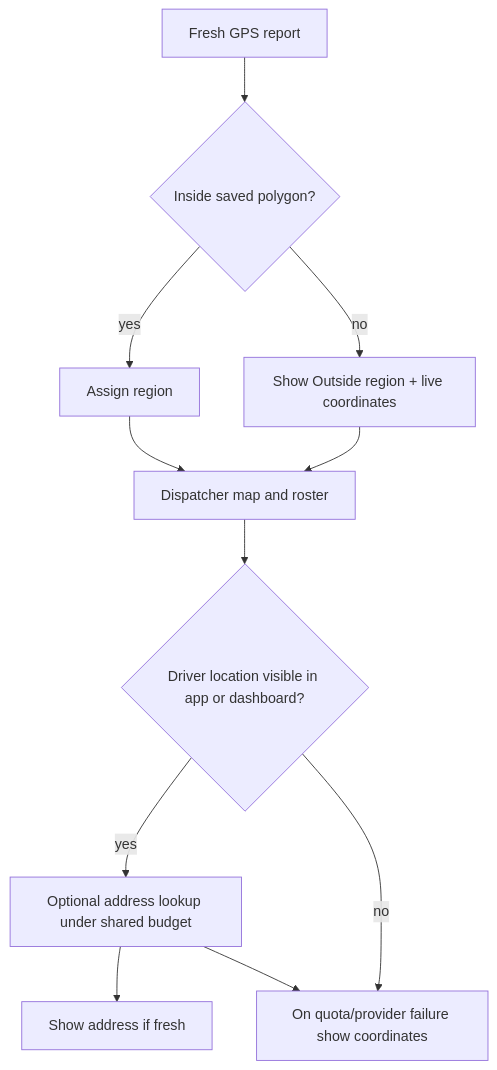
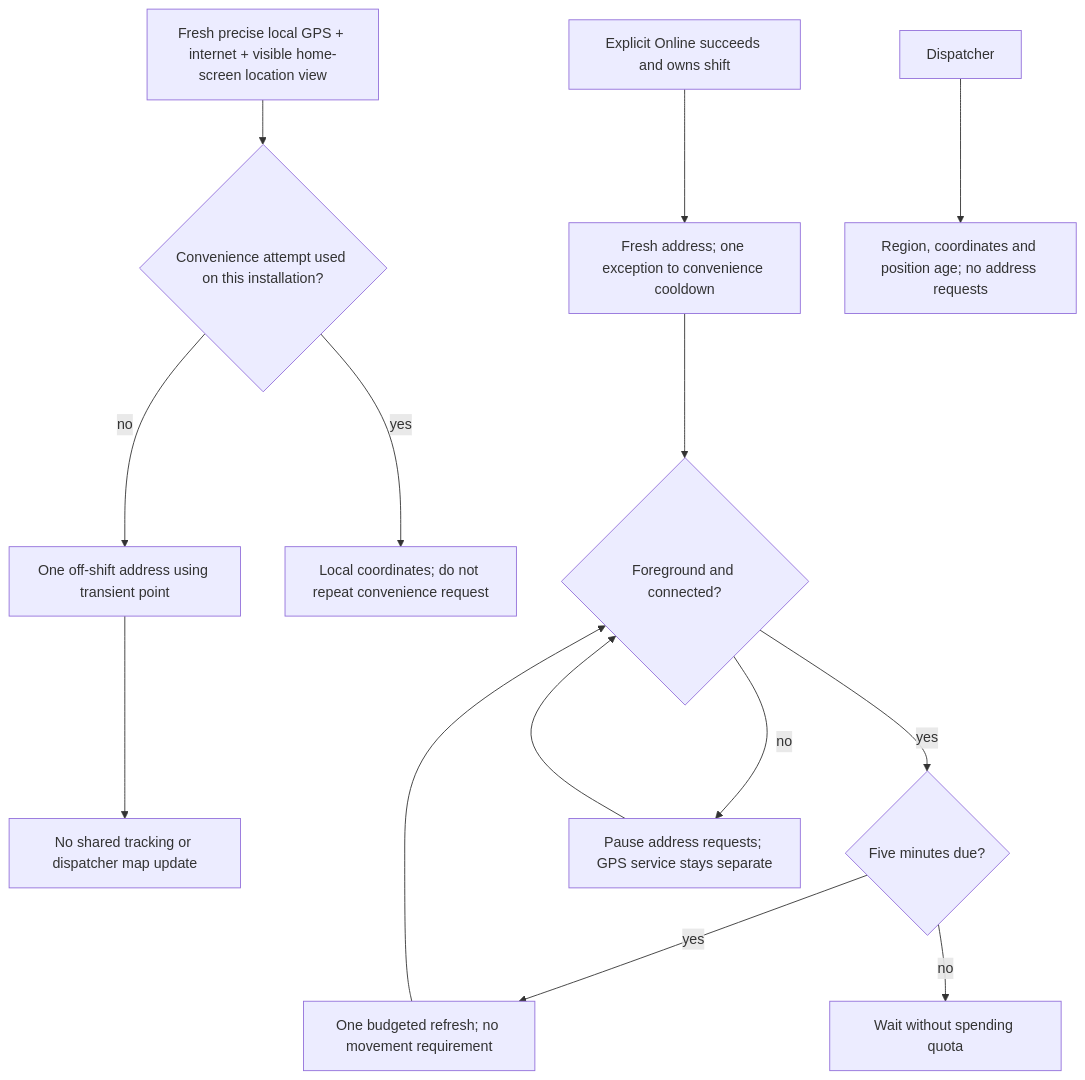
One commit to bagtyyarkovusov/tayyn-hyzmat-project changed the seventh of 12 diagrams in docs/guide/flows.en.md. Above: the diagram before and after it, drawn with Mermaid. The commit also changed other lines of this file and 44 other files, not shown here.

Commit message:
feat: finalize live region states and automatic driver addresses

````diff
--- a/docs/guide/flows.en.md
+++ b/docs/guide/flows.en.md
@@ -115,13 +129,16 @@
 ```mermaid
 flowchart TD
-  G[Fresh GPS report] --> R{Inside saved polygon?}
-  R -- yes --> RI[Assign region]
-  R -- no --> RO[Show Outside region + live coordinates]
-  RI --> M[Dispatcher map and roster]
-  RO --> M
-  M --> V{Driver location visible in app or dashboard?}
-  V -- yes --> L[Optional address lookup under shared budget]
-  V -- no --> C[Keep GPS only]
-  L --> A[Show address if fresh]
-  L --> C[On quota/provider failure show coordinates]
+  G[Fresh precise local GPS + internet + visible home-screen location view] --> C{Convenience attempt used on this installation?}
+  C -- no --> O[One off-shift address using transient point]
+  C -- yes --> L[Local coordinates; do not repeat convenience request]
+  O --> N[No shared tracking or dispatcher map update]
+  S[Explicit Online succeeds and owns shift] --> A[Fresh address; one exception to convenience cooldown]
+  A --> V{Foreground and connected?}
+  V -- yes --> D{Five minutes due?}
+  D -- yes --> Q[One budgeted refresh; no movement requirement]
+  D -- no --> W[Wait without spending quota]
+  V -- no --> P[Pause address requests; GPS service stays separate]
+  P --> V
+  Q --> V
+  M[Dispatcher] --> X[Region, coordinates and position age; no address requests]
 ```
````
